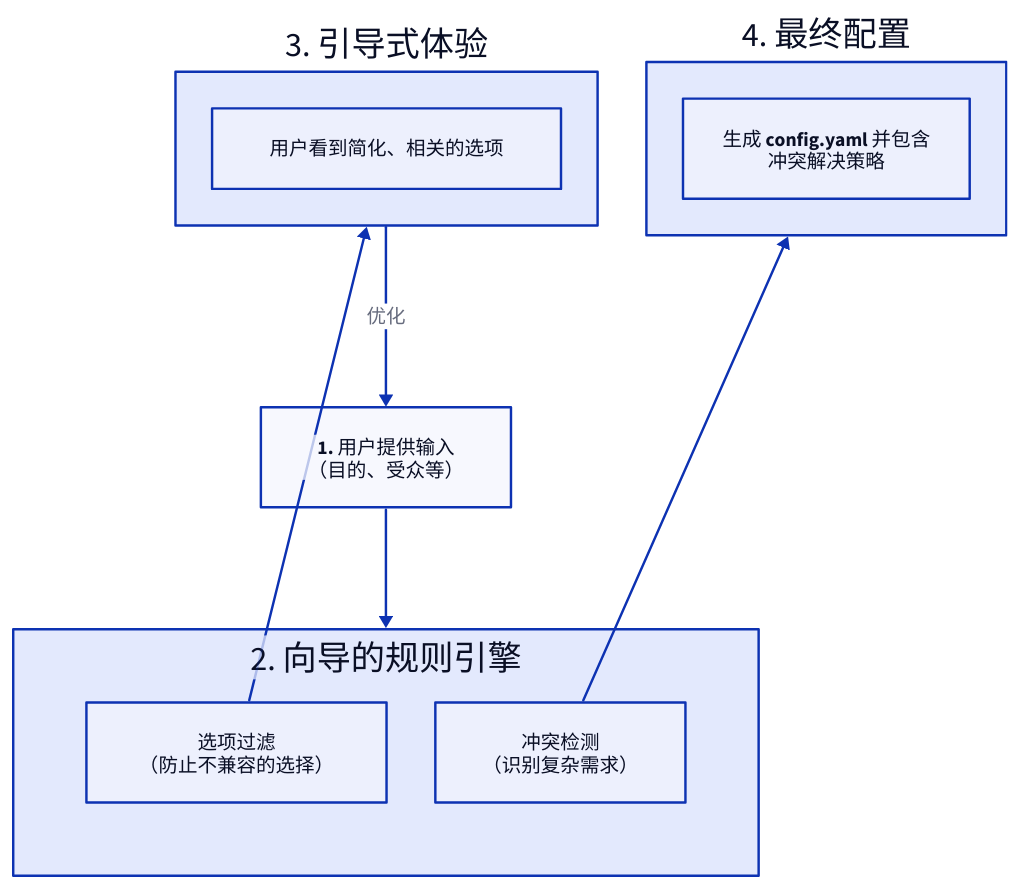
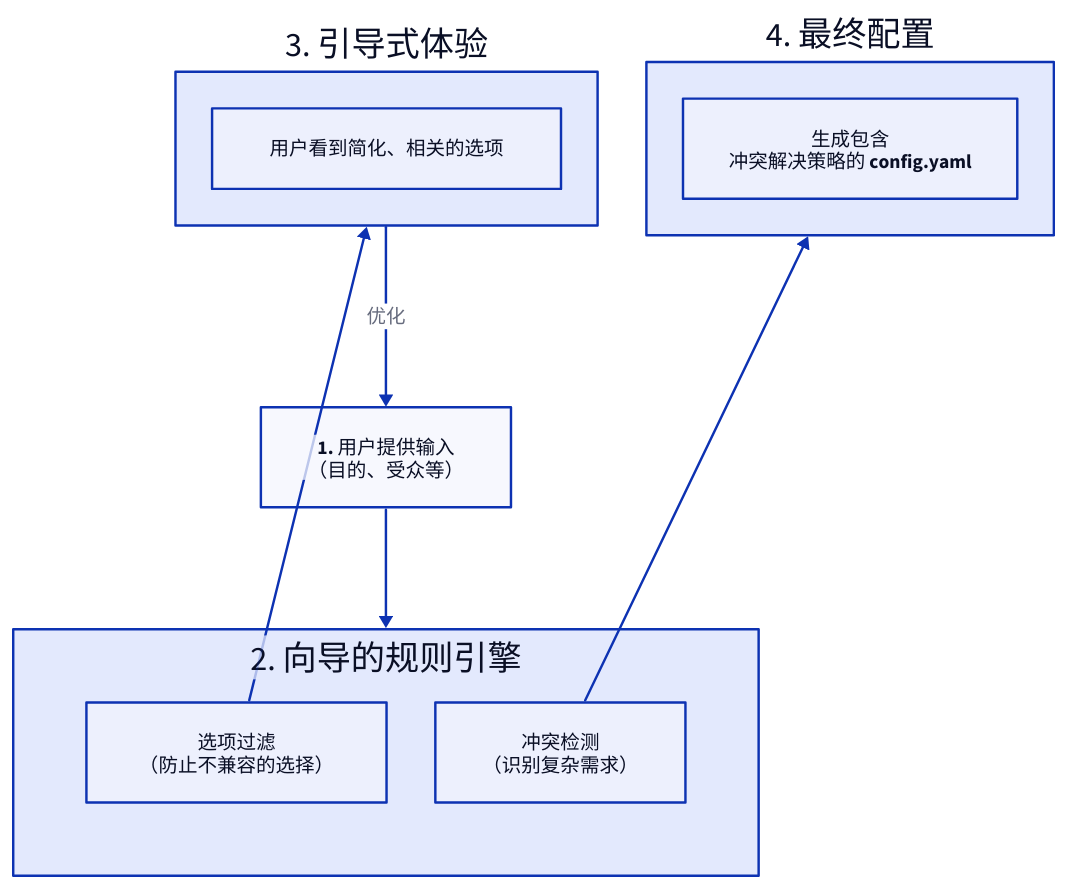
Before and after one commit to AIGNE-io/aigne-doc-smith: the diagram in docs/configuration-interactive-setup.zh.md, drawn with D2. The commit also changed other lines of this file and 65 other files, not shown here.

````diff
--- a/docs/configuration-interactive-setup.zh.md
+++ b/docs/configuration-interactive-setup.zh.md
@@ -32,38 +32,38 @@
 ```d2
 direction: down
 
 User-Selections: {
   label: "1. 用户提供输入\n（目的、受众等）"
   shape: rectangle
 }
 
 Wizard-Engine: {
   label: "2. 向导的规则引擎"
   shape: rectangle
   grid-columns: 2
 
   Filtering: {
     label: "选项过滤\n（防止不兼容的选择）"
   }
 
   Conflict-Detection: {
     label: "冲突检测\n（识别复杂需求）"
   }
 }
 
 Guided-Experience: {
   label: "3. 引导式体验"
   shape: rectangle
   content: "用户看到简化、相关的选项"
 }
 
 Final-Config: {
   label: "4. 最终配置"
-  content: "生成 config.yaml 并包含\n冲突解决策略"
+  content: "生成包含\n冲突解决策略的 config.yaml"
 }
 
 User-Selections -> Wizard-Engine
 Wizard-Engine.Filtering -> Guided-Experience
 Wizard-Engine.Conflict-Detection -> Final-Config
 Guided-Experience -> User-Selections: "优化"
 ```
````
